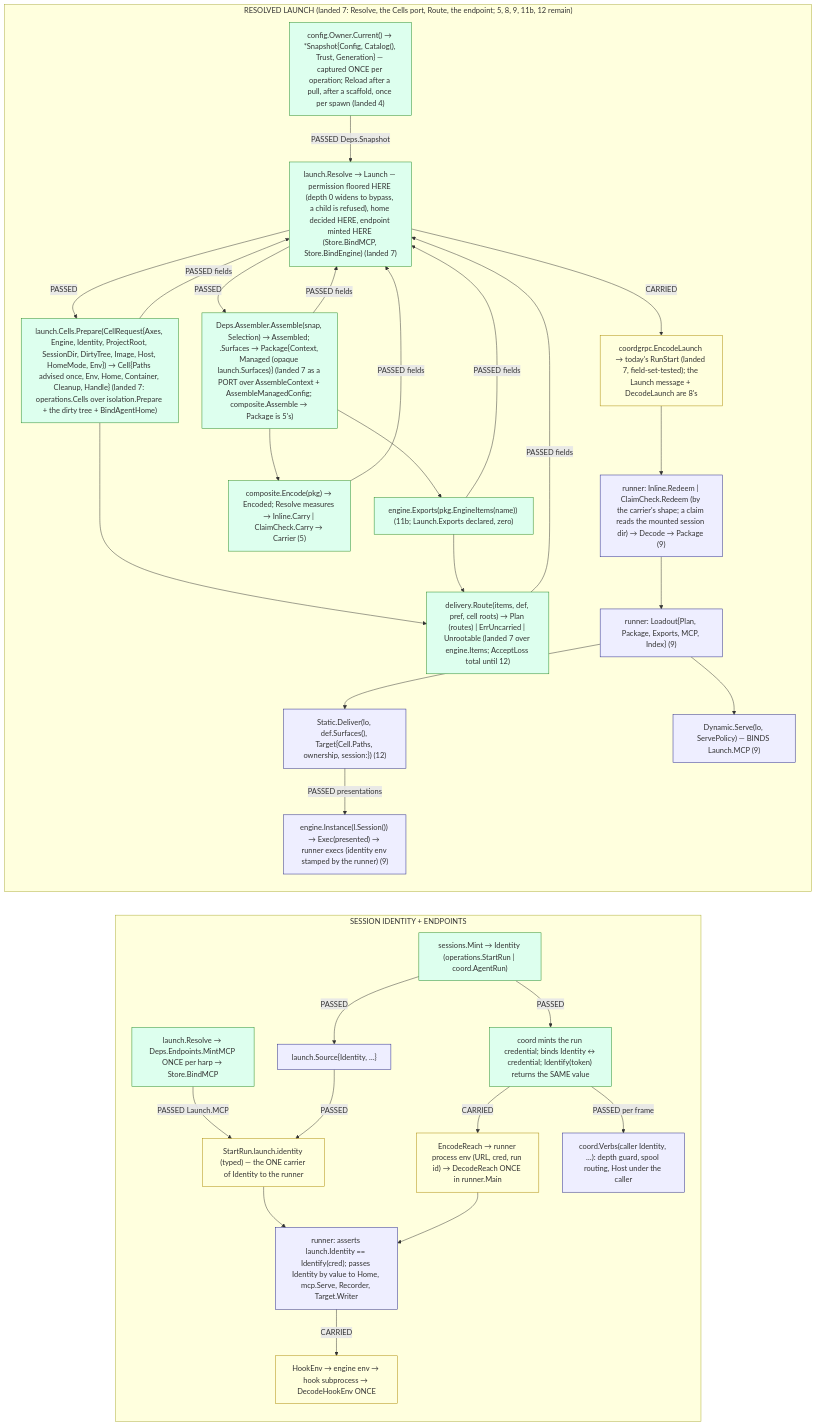
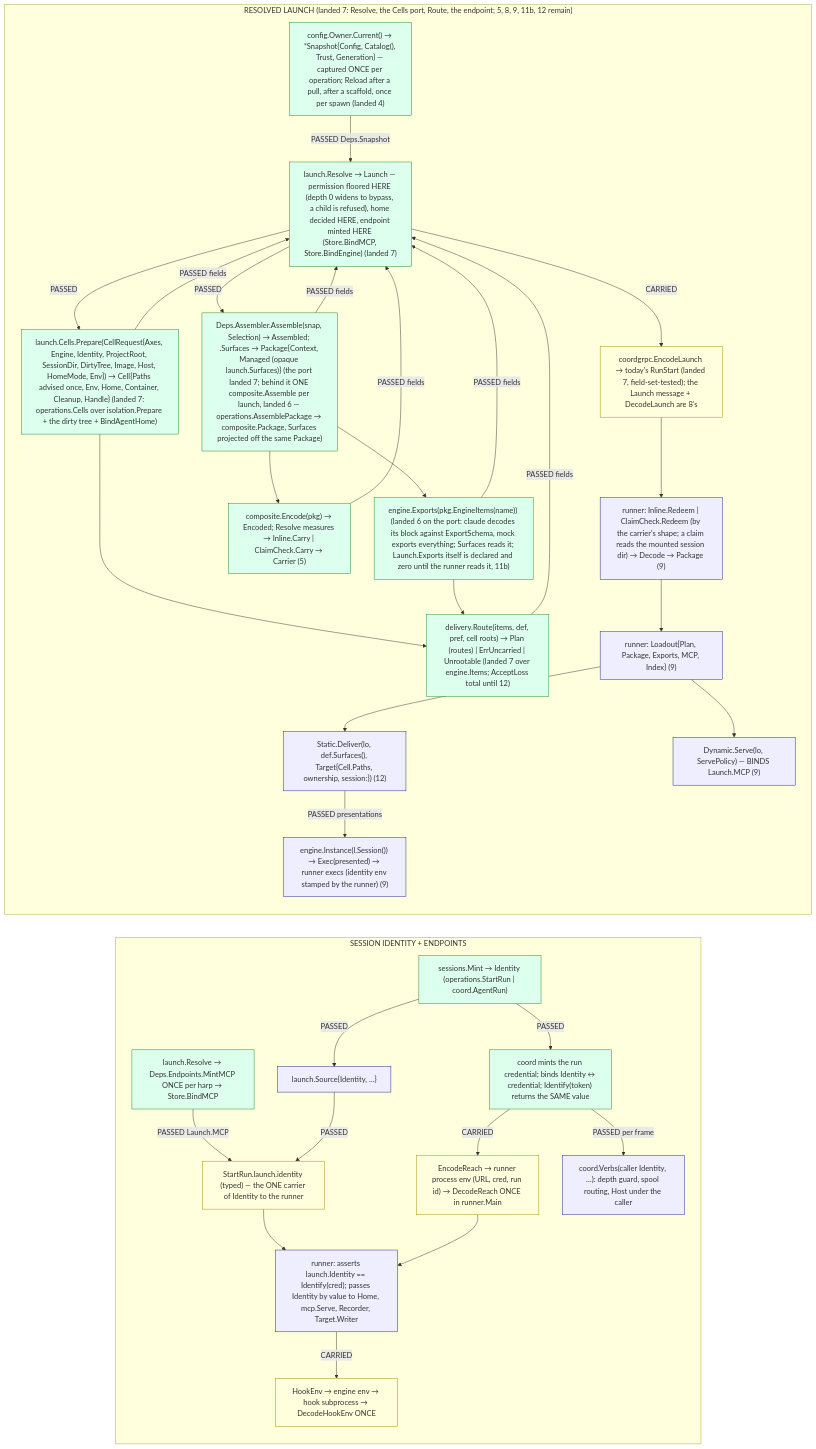
Before and after one commit to ctxloom/ctxloom: the third of 5 diagrams in docs/architecture/audit-2026-09-18/30-decided-architecture.md, drawn with Mermaid. The commit also changed other lines of this file and 3 other files, not shown here.

First line of the commit message:
docs(architecture): composite.md is born; §1.1, §2.1, §2.2 and §2.3 carry the landed package; launch.md's assembler row is corrected

````diff
--- a/docs/architecture/audit-2026-09-18/30-decided-architecture.md
+++ b/docs/architecture/audit-2026-09-18/30-decided-architecture.md
@@ -3068,47 +3068,47 @@
 ```mermaid
 flowchart LR
   classDef decide fill:#dfe,stroke:#282
   classDef consume fill:#eef,stroke:#228
   classDef carrier fill:#ffd,stroke:#a80
   subgraph ID["SESSION IDENTITY + ENDPOINTS"]
     MINT["sessions.Mint → Identity (operations.StartRun | coord.AgentRun)"]:::decide
     CRED["coord mints the run credential; binds Identity ↔ credential; Identify(token) returns the SAME value"]:::decide
     EPM["launch.Resolve → Deps.Endpoints.MintMCP ONCE per harp → Store.BindMCP"]:::decide
     SRC["launch.Source{Identity, …}"]:::consume
     WIRE_ID["StartRun.launch.identity (typed) — the ONE carrier of Identity to the runner"]:::carrier
     ENV["EncodeReach → runner process env (URL, cred, run id) → DecodeReach ONCE in runner.Main"]:::carrier
     HOOKENV["HookEnv → engine env → hook subprocess → DecodeHookEnv ONCE"]:::carrier
     RID["runner: asserts launch.Identity == Identify(cred); passes Identity by value to Home, mcp.Serve, Recorder, Target.Writer"]:::consume
     VERBS["coord.Verbs(caller Identity, …): depth guard, spool routing, Host under the caller"]:::consume
     MINT -->|PASSED| SRC
     MINT -->|PASSED| CRED
     EPM -->|PASSED Launch.MCP| WIRE_ID
     SRC -->|PASSED| WIRE_ID --> RID
     CRED -->|CARRIED| ENV --> RID
     RID -->|CARRIED| HOOKENV
     CRED -->|PASSED per frame| VERBS
   end
   subgraph RL["RESOLVED LAUNCH (landed 7: Resolve, the Cells port, Route, the endpoint; 5, 8, 9, 11b, 12 remain)"]
     SNAP["config.Owner.Current() → *Snapshot{Config, Catalog(), Trust, Generation} — captured ONCE per operation; Reload after a pull, after a scaffold, once per spawn (landed 4)"]:::decide
-    PKG["Deps.Assembler.Assemble(snap, Selection) → Assembled; .Surfaces → Package{Context, Managed (opaque launch.Surfaces)} (landed 7 as a PORT over AssembleContext + AssembleManagedConfig; composite.Assemble → Package is 5's)"]:::decide
-    EXP["engine.Exports(pkg.EngineItems(name)) (11b; Launch.Exports declared, zero)"]:::decide
+    PKG["Deps.Assembler.Assemble(snap, Selection) → Assembled; .Surfaces → Package{Context, Managed (opaque launch.Surfaces)} (the port landed 7; behind it ONE composite.Assemble per launch, landed 6 — operations.AssemblePackage → composite.Package, Surfaces projected off the same Package)"]:::decide
+    EXP["engine.Exports(pkg.EngineItems(name)) (landed 6 on the port: claude decodes its block against ExportSchema, mock exports everything; Surfaces reads it; Launch.Exports itself is declared and zero until the runner reads it, 11b)"]:::decide
     CELL["launch.Cells.Prepare(CellRequest{Axes, Engine, Identity, ProjectRoot, SessionDir, DirtyTree, Image, Host, HomeMode, Env}) → Cell{Paths advised once, Env, Home, Container, Cleanup, Handle} (landed 7: operations.Cells over isolation.Prepare + the dirty tree + BindAgentHome)"]:::decide
     PLAN["delivery.Route(items, def, pref, cell roots) → Plan (routes) | ErrUncarried | Unrootable (landed 7 over engine.Items; AcceptLoss total until 12)"]:::decide
     ENC["composite.Encode(pkg) → Encoded; Resolve measures → Inline.Carry | ClaimCheck.Carry → Carrier (5)"]:::decide
     RES["launch.Resolve → Launch — permission floored HERE (depth 0 widens to bypass, a child is refused), home decided HERE, endpoint minted HERE (Store.BindMCP, Store.BindEngine) (landed 7)"]:::decide
     WIRE["coordgrpc.EncodeLaunch → today's RunStart (landed 7, field-set-tested); the Launch message + DecodeLaunch are 8's"]:::carrier
     RED["runner: Inline.Redeem | ClaimCheck.Redeem (by the carrier's shape; a claim reads the mounted session dir) → Decode → Package (9)"]:::consume
     LO["runner: Loadout{Plan, Package, Exports, MCP, Index} (9)"]:::consume
     DELIV["Static.Deliver(lo, def.Surfaces(), Target{Cell.Paths, ownership, session:<harp>}) (12)"]:::consume
     DYN["Dynamic.Serve(lo, ServePolicy) — BINDS Launch.MCP (9)"]:::consume
     INST["engine.Instance(l.Session()) → Exec(presented) → runner execs (identity env stamped by the runner) (9)"]:::consume
     SNAP -->|PASSED Deps.Snapshot| RES
     RES -->|PASSED| PKG --> EXP
     RES -->|PASSED| CELL --> PLAN
     EXP --> PLAN
     PKG --> ENC
     PKG & EXP & PLAN & CELL & ENC -->|PASSED fields| RES
     RES -->|CARRIED| WIRE --> RED --> LO --> DELIV & DYN
     DELIV -->|PASSED presentations| INST
   end
 ```
````
